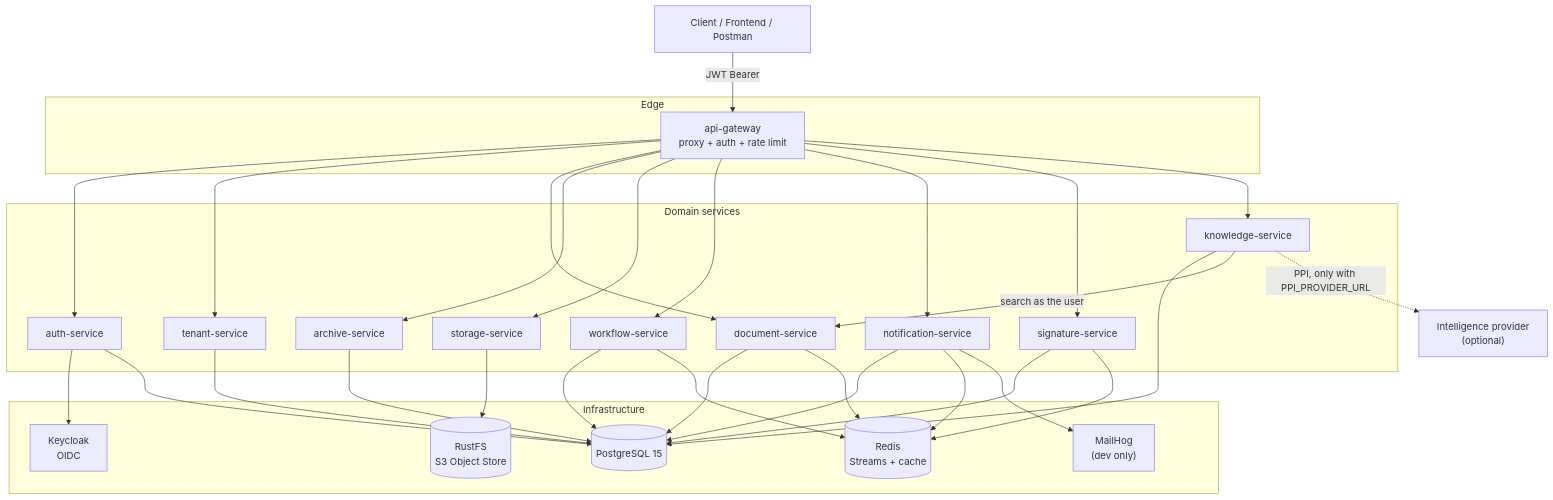
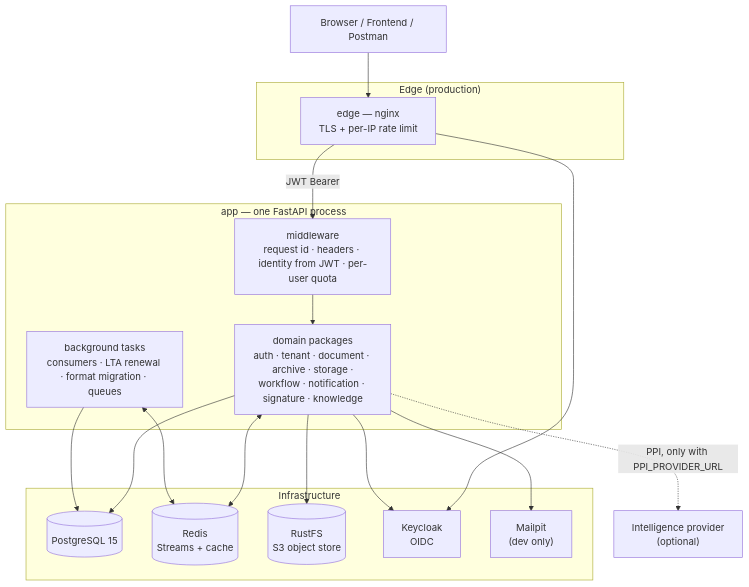
One commit to camilo1rp/docuboto changed the first of 4 diagrams in docs/en/architecture.md. Above: the diagram before and after it, drawn with Mermaid. The commit also changed other lines of this file and 19 other files, not shown here.

````diff
--- a/docs/en/architecture.md
+++ b/docs/en/architecture.md
@@ -15,57 +16,35 @@
 ```mermaid
 graph TB
-    Cliente["Client / Frontend / Postman"]
+    Cliente["Browser / Frontend / Postman"]
 
-    subgraph edge["Edge"]
-        GW["api-gateway<br/>proxy + auth + rate limit"]
+    subgraph borde["Edge (production)"]
+        EDGE["edge — nginx<br/>TLS + per-IP rate limit"]
     end
 
-    subgraph core["Domain services"]
-        AUTH["auth-service"]
-        TEN["tenant-service"]
-        DOC["document-service"]
-        ARC["archive-service"]
-        STO["storage-service"]
-        WF["workflow-service"]
-        NOT["notification-service"]
-        SIG["signature-service"]
-        KNO["knowledge-service"]
+    subgraph app["app — one FastAPI process"]
+        MW["middleware<br/>request id · headers · identity from JWT · per-user quota"]
+        DOM["domain packages<br/>auth · tenant · document · archive · storage ·<br/>workflow · notification · signature · knowledge"]
+        BG["background tasks<br/>consumers · LTA renewal · format migration · queues"]
+        MW --> DOM
     end
 
     subgraph infra["Infrastructure"]
         PG[("PostgreSQL 15")]
         REDIS[("Redis<br/>Streams + cache")]
-        MINIO[("RustFS<br/>S3 Object Store")]
+        MINIO[("RustFS<br/>S3 object store")]
         KC["Keycloak<br/>OIDC"]
-        MAIL["MailHog<br/>(dev only)"]
+        MAIL["Mailpit<br/>(dev only)"]
     end
 
-    Cliente -->|JWT Bearer| GW
-    GW --> AUTH
-    GW --> TEN
-    GW --> DOC
-    GW --> ARC
-    GW --> STO
-    GW --> WF
-    GW --> NOT
-    GW --> SIG
-    GW --> KNO
-
-    AUTH --> KC
-    AUTH --> PG
-    TEN --> PG
-    DOC --> PG
-    DOC --> REDIS
-    ARC --> PG
-    STO --> MINIO
-    WF --> PG
-    WF --> REDIS
-    NOT --> PG
-    NOT --> REDIS
-    NOT --> MAIL
-    SIG --> PG
-    SIG --> REDIS
-    KNO --> PG
-    KNO -->|search as the user| DOC
-    KNO -.->|PPI, only with PPI_PROVIDER_URL| PPI["Intelligence provider<br/>(optional)"]
+    Cliente --> EDGE
+    EDGE -->|JWT Bearer| MW
+    EDGE --> KC
+    DOM --> PG
+    BG --> PG
+    DOM <--> REDIS
+    BG <--> REDIS
+    DOM --> MINIO
+    DOM --> KC
+    DOM --> MAIL
+    DOM -.->|PPI, only with PPI_PROVIDER_URL| PPI["Intelligence provider<br/>(optional)"]
 ```
````
